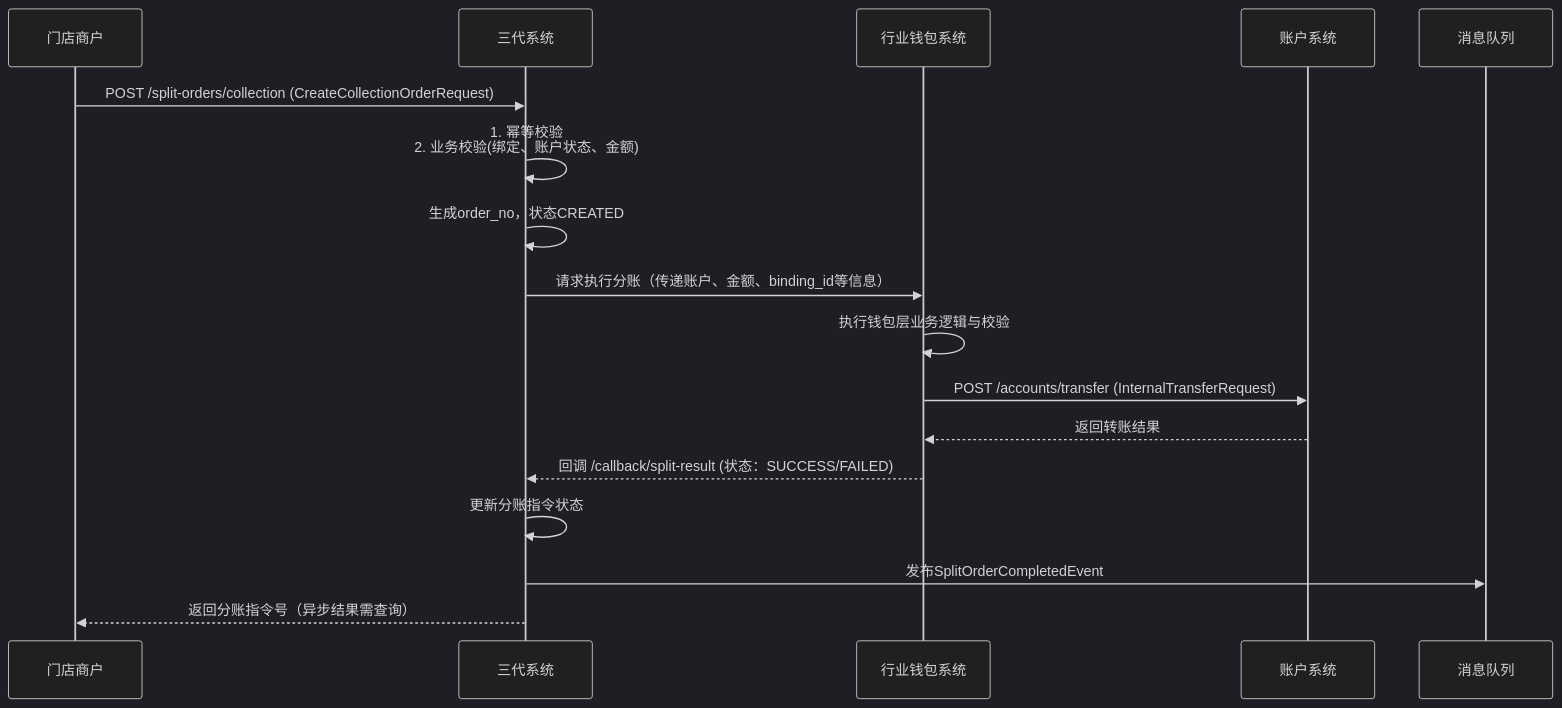
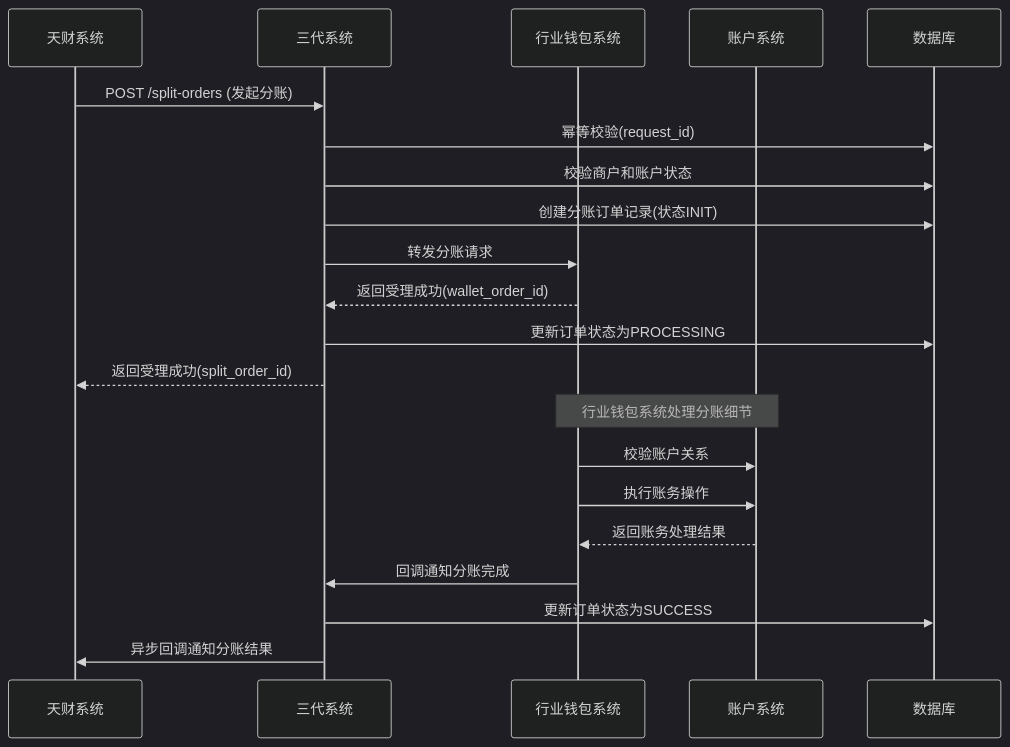
Before and after one commit to youzi211/AiCoding: diagram 12 of 28 in data/天财分账需求/gpt-5.2/output/final_design_document.md, drawn with Mermaid (dark theme). The commit also changed other lines of this file and 93 other files, not shown here.

````diff
--- a/data/天财分账需求/gpt-5.2/output/final_design_document.md
+++ b/data/天财分账需求/gpt-5.2/output/final_design_document.md
@@ -1792,20 +1734,26 @@
 ```mermaid
 sequenceDiagram
-    participant M as 门店商户
-    participant C as 三代系统
+    participant T as 天财系统
+    participant G3 as 三代系统
     participant W as 行业钱包系统
     participant A as 账户系统
-    participant MQ as 消息队列
+    participant DB as 数据库
 
-    M->>C: POST /split-orders/collection (CreateCollectionOrderRequest)
-    C->>C: 1. 幂等校验<br>2. 业务校验(绑定、账户状态、金额)
-    C->>C: 生成order_no，状态CREATED
-    C->>W: 请求执行分账（传递账户、金额、binding_id等信息）
-    W->>W: 执行钱包层业务逻辑与校验
-    W->>A: POST /accounts/transfer (InternalTransferRequest)
-    A-->>W: 返回转账结果
-    W-->>C: 回调 /callback/split-result (状态：SUCCESS/FAILED)
-    C->>C: 更新分账指令状态
-    C->>MQ: 发布SplitOrderCompletedEvent
-    C-->>M: 返回分账指令号（异步结果需查询）
+    T->>G3: POST /split-orders (发起分账)
+    G3->>DB: 幂等校验(request_id)
+    G3->>DB: 校验商户和账户状态
+    G3->>DB: 创建分账订单记录(状态INIT)
+    G3->>W: 转发分账请求
+    W-->>G3: 返回受理成功(wallet_order_id)
+    G3->>DB: 更新订单状态为PROCESSING
+    G3-->>T: 返回受理成功(split_order_id)
+    
+    Note over W,A: 行业钱包系统处理分账细节
+    W->>A: 校验账户关系
+    W->>A: 执行账务操作
+    A-->>W: 返回账务处理结果
+    W->>G3: 回调通知分账完成
+    
+    G3->>DB: 更新订单状态为SUCCESS
+    G3->>T: 异步回调通知分账结果
 ```
````
